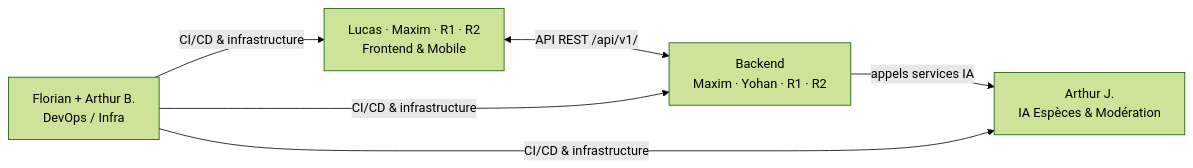
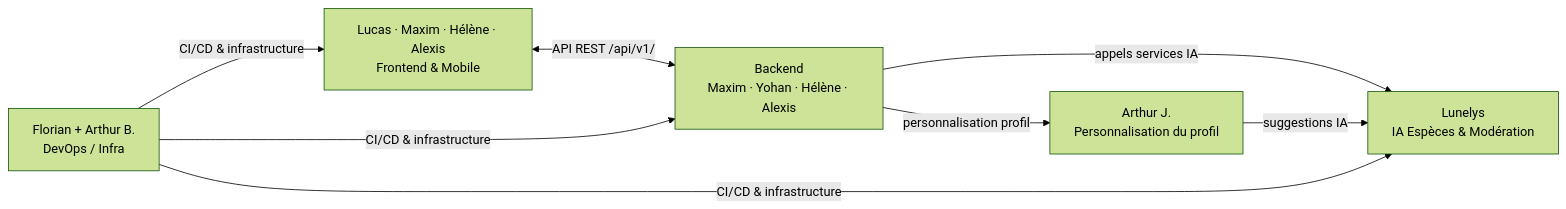
The second of 2 diagrams in docs/OBS.md (Traily-org/Docs), drawn with Mermaid (forest theme) before and after one commit. The commit also changed other lines of this file and 5 other files, not shown here.

````diff
--- a/docs/OBS.md
+++ b/docs/OBS.md
@@ -180,13 +192,16 @@
 ```mermaid
 graph LR
-    FE["Lucas · Maxim · R1 · R2\nFrontend & Mobile"]
-    BE["Backend\nMaxim · Yohan · R1 · R2"]
-    AJ["Arthur J.\nIA Espèces & Modération"]
+    FE["Lucas · Maxim · Hélène · Alexis\nFrontend & Mobile"]
+    BE["Backend\nMaxim · Yohan · Hélène · Alexis"]
+    AJ["Lunelys\nIA Espèces & Modération"]
+    PJ["Arthur J.\nPersonnalisation du profil"]
     DO["Florian + Arthur B.\nDevOps / Infra"]
 
     FE <-->|"API REST /api/v1/"| BE
     BE -->|"appels services IA"| AJ
+    BE -->|"personnalisation profil"| PJ
+    PJ -->|"suggestions IA"| AJ
     DO -->|"CI/CD & infrastructure"| FE
     DO -->|"CI/CD & infrastructure"| BE
     DO -->|"CI/CD & infrastructure"| AJ
 ```
````
